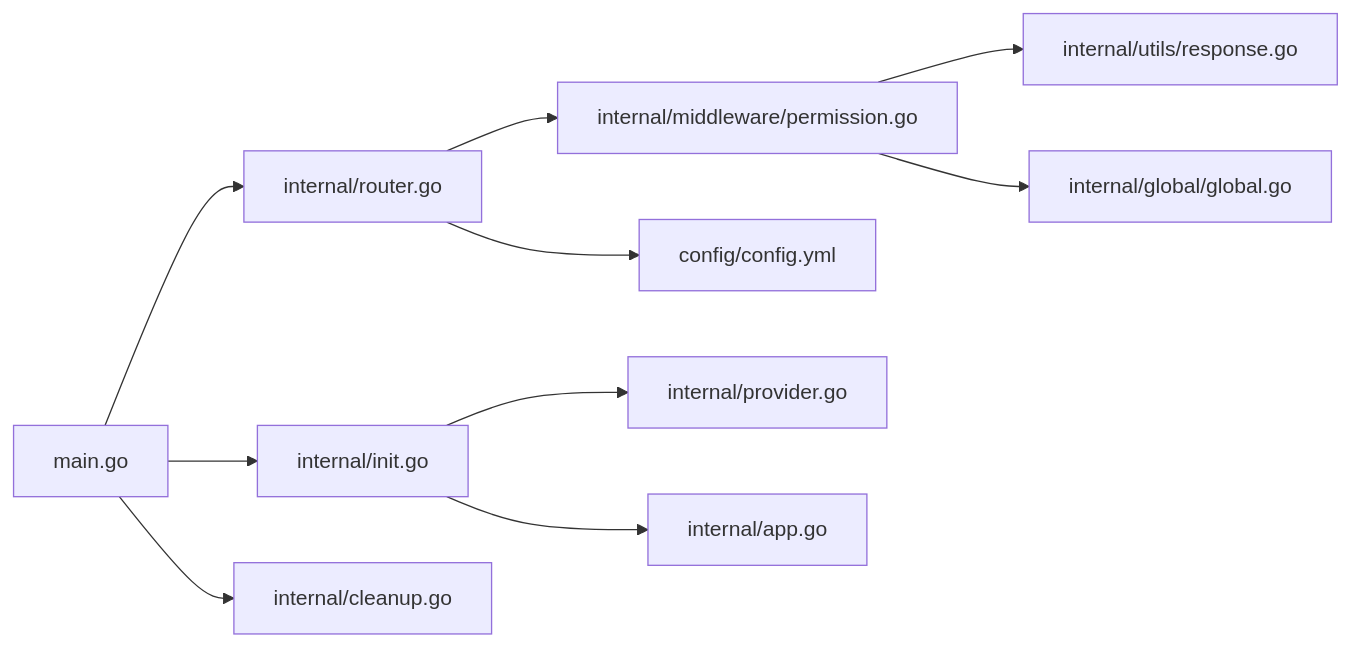
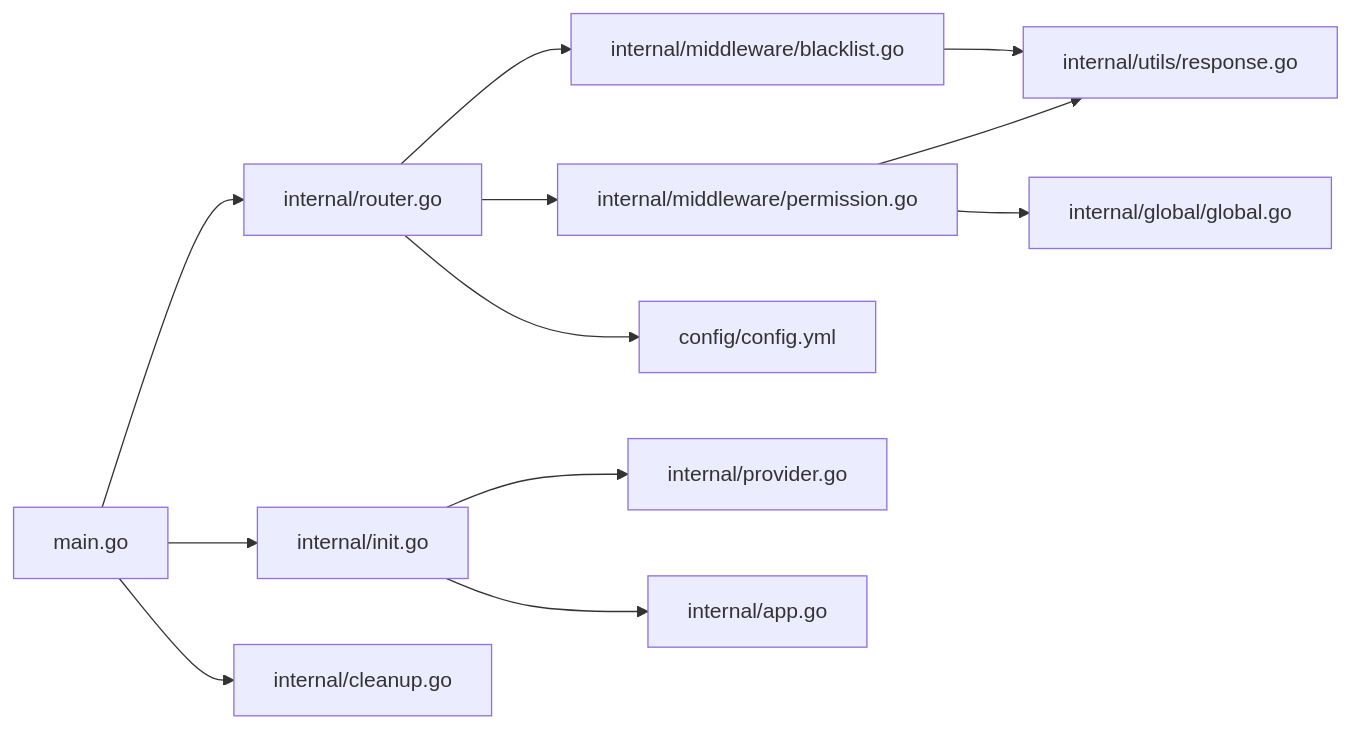
One commit to wuwuseo/e-sports-go-admin changed the seventh of 7 diagrams in .qoder/repowiki/zh/content/中间件系统/中间件架构设计.md. Above: the diagram before and after it, drawn with Mermaid. The commit also changed other lines of this file and 42 other files, not shown here.

````diff
--- a/.qoder/repowiki/zh/content/中间件系统/中间件架构设计.md
+++ b/.qoder/repowiki/zh/content/中间件系统/中间件架构设计.md
@@ -359,12 +404,14 @@
 ```mermaid
 graph LR
 R["internal/router.go"] --> M["internal/middleware/permission.go"]
+R --> B["internal/middleware/blacklist.go"]
 M --> U["internal/utils/response.go"]
+B --> U
 M --> G["internal/global/global.go"]
 R --> Cfg["config/config.yml"]
 Main["main.go"] --> R
 Main --> Init["internal/init.go"]
 Init --> Prov["internal/provider.go"]
 Init --> App["internal/app.go"]
 Main --> Clean["internal/cleanup.go"]
 ```
````
